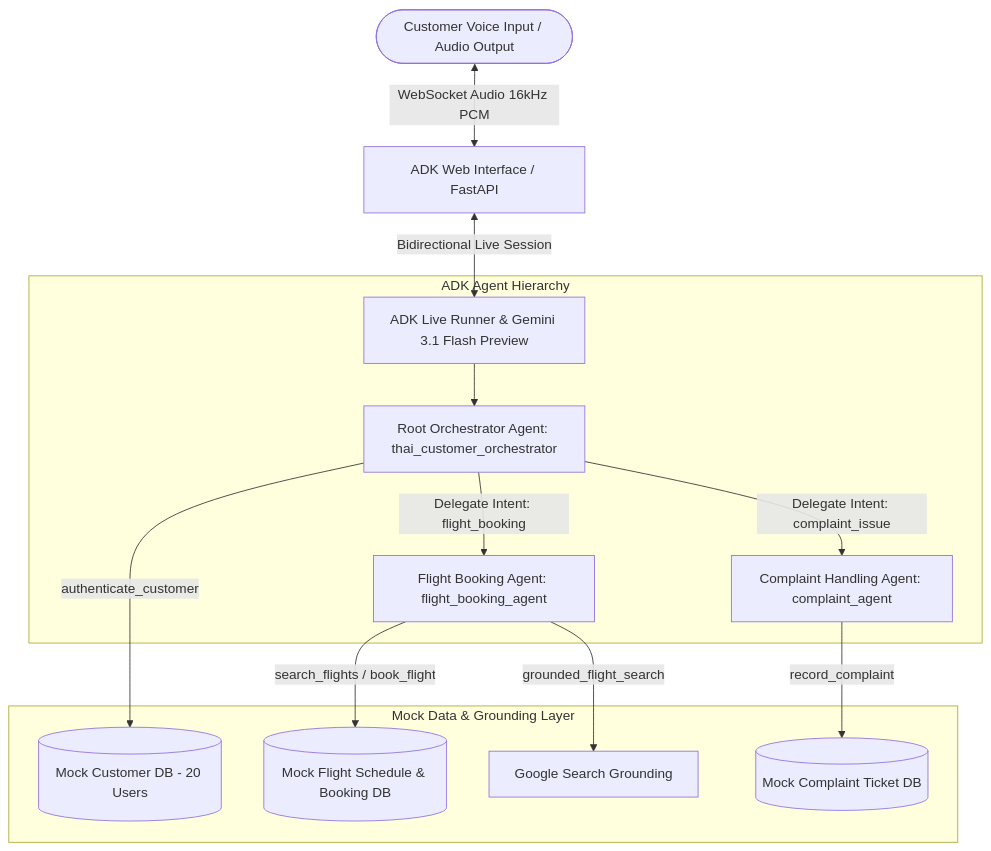
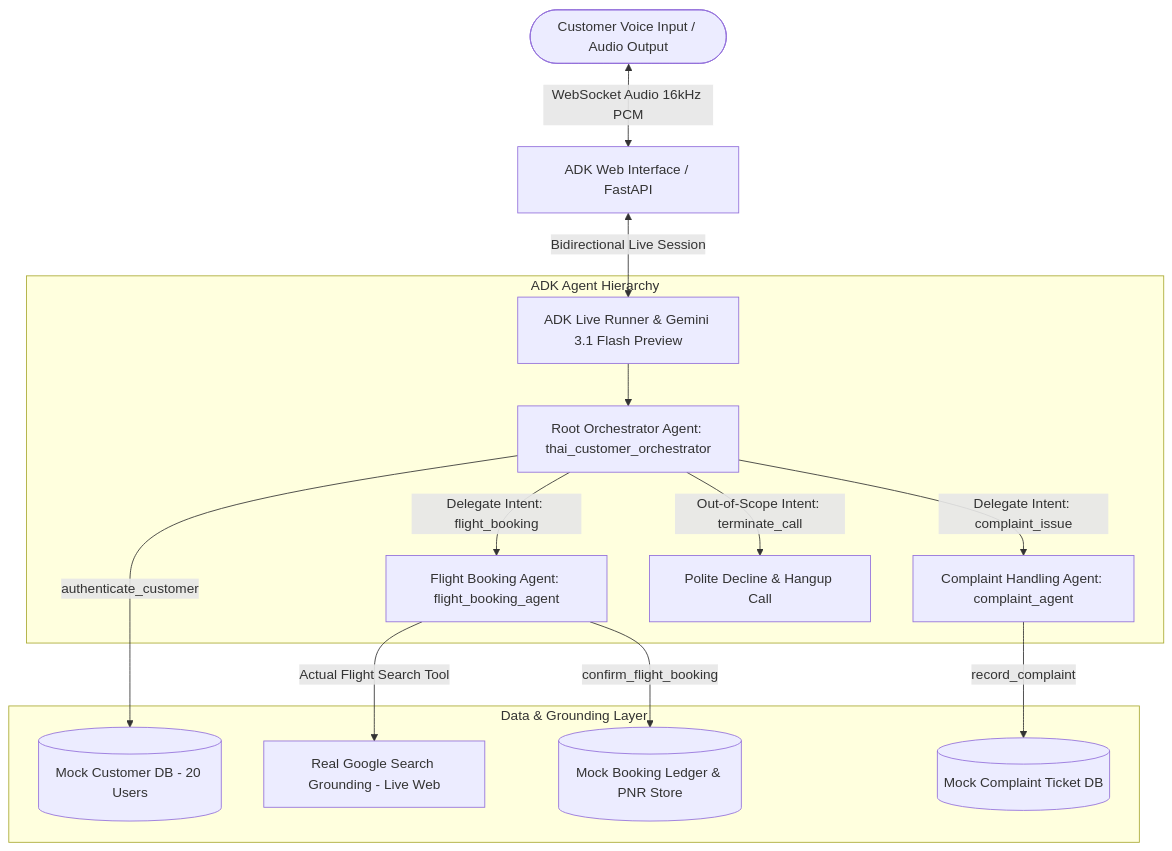
The first of 3 diagrams in specs/features/SPEC-20260907-GEMINI-LIVE-ADK-THAI-VOICE-AGENT.md (pantana-na/gemini-live-bot), drawn with Mermaid before and after one commit. The commit also changed other lines of this file and 3 other files, not shown here.

Commit message:
docs(spec): refine flight search to live Google Search and add out-of-scope call termination

````diff
--- a/specs/features/SPEC-20260907-GEMINI-LIVE-ADK-THAI-VOICE-AGENT.md
+++ b/specs/features/SPEC-20260907-GEMINI-LIVE-ADK-THAI-VOICE-AGENT.md
@@ -35,18 +36,19 @@
 ```mermaid
 graph TD
     User([Customer Voice Input / Audio Output]) <-->|WebSocket Audio 16kHz PCM| WebUI[ADK Web Interface / FastAPI]
     WebUI <-->|Bidirectional Live Session| LiveEngine[ADK Live Runner & Gemini 3.1 Flash Preview]
     
     subgraph ADK Agent Hierarchy
         LiveEngine --> RootAgent[Root Orchestrator Agent: thai_customer_orchestrator]
         RootAgent -->|Delegate Intent: flight_booking| FlightAgent[Flight Booking Agent: flight_booking_agent]
         RootAgent -->|Delegate Intent: complaint_issue| ComplaintAgent[Complaint Handling Agent: complaint_agent]
+        RootAgent -->|Out-of-Scope Intent: terminate_call| HangupAction[Polite Decline & Hangup Call]
     end
 
-    subgraph Mock Data & Grounding Layer
+    subgraph Data & Grounding Layer
         RootAgent -->|authenticate_customer| CustomerDB[(Mock Customer DB - 20 Users)]
-        FlightAgent -->|search_flights / book_flight| FlightDB[(Mock Flight Schedule & Booking DB)]
-        FlightAgent -->|grounded_flight_search| GoogleSearchTool[Google Search Grounding]
+        FlightAgent -->|Actual Flight Search Tool| GoogleSearchTool[Real Google Search Grounding - Live Web]
+        FlightAgent -->|confirm_flight_booking| BookingDB[(Mock Booking Ledger & PNR Store)]
         ComplaintAgent -->|record_complaint| ComplaintDB[(Mock Complaint Ticket DB)]
     end
 ```
````
